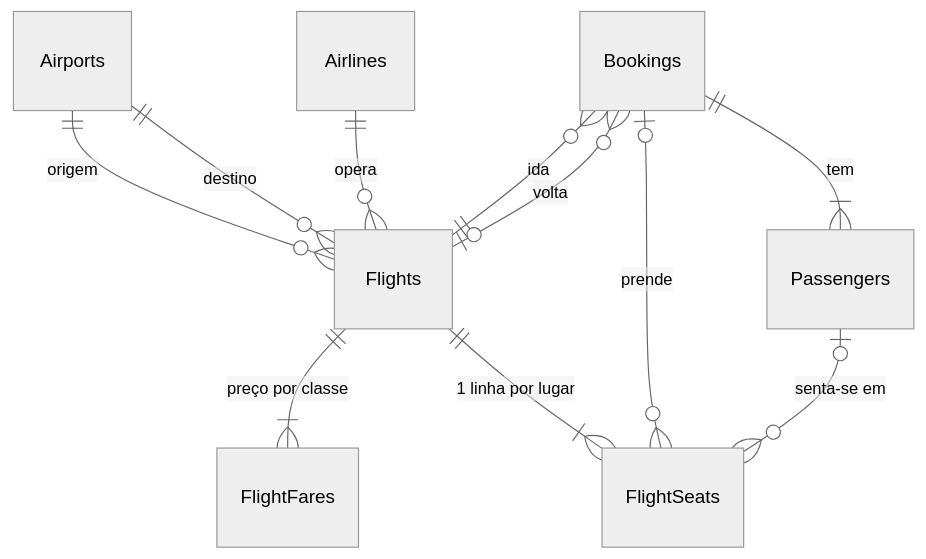
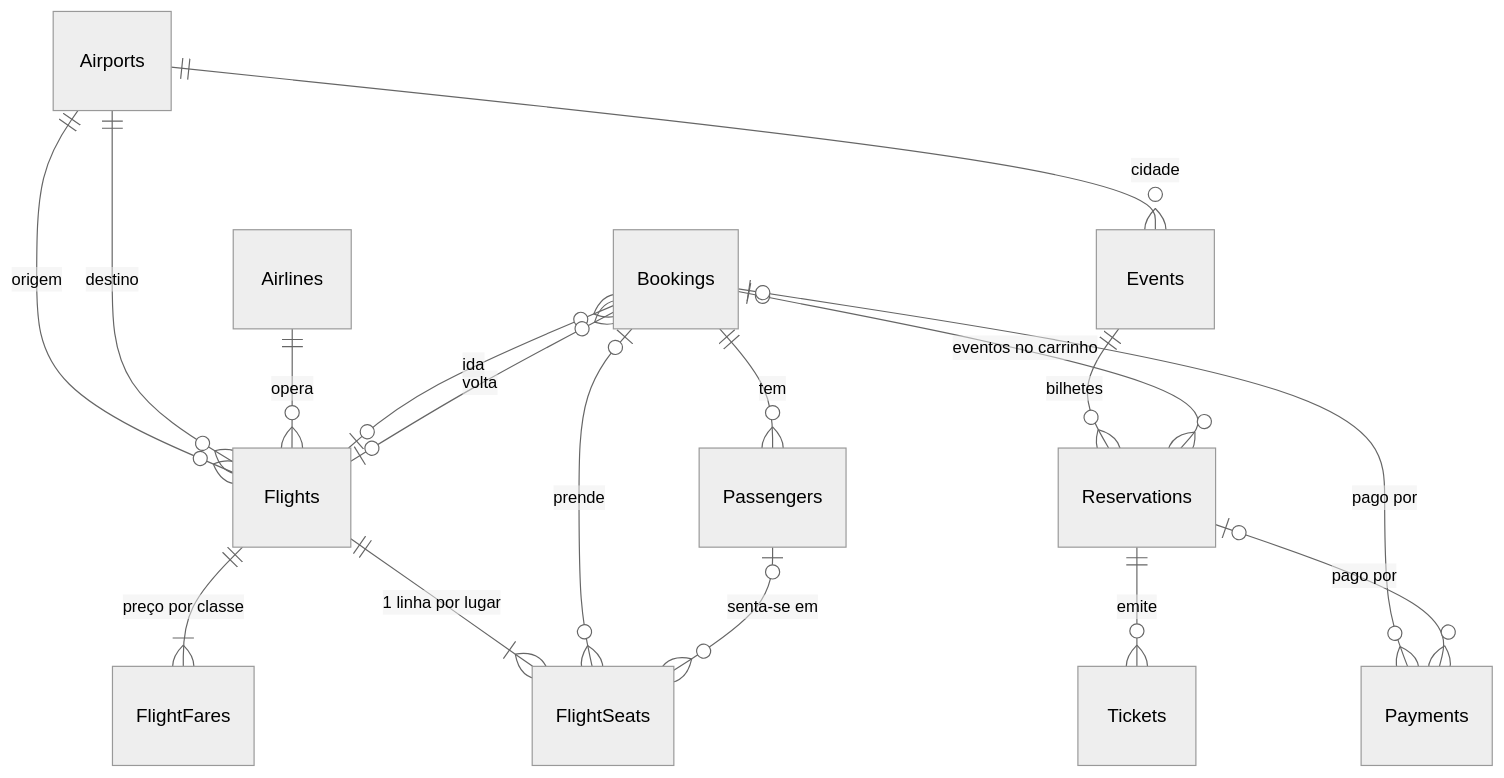
Before and after one commit to Samrodrigues015/Skylane: the second of 2 diagrams in README.md, drawn with Mermaid (neutral theme). The commit also changed other lines of this file, not shown here.

````diff
--- a/README.md
+++ b/README.md
@@ -88,13 +88,19 @@
 ```mermaid
 erDiagram
     Airports ||--o{ Flights : "origem"
     Airports ||--o{ Flights : "destino"
+    Airports ||--o{ Events : "cidade"
     Airlines ||--o{ Flights : opera
     Flights ||--|{ FlightFares : "preço por classe"
     Flights ||--|{ FlightSeats : "1 linha por lugar"
-    Bookings ||--|{ Passengers : tem
+    Bookings ||--o{ Passengers : tem
     Bookings |o--o{ FlightSeats : prende
     Passengers |o--o{ FlightSeats : "senta-se em"
-    Bookings }o--|| Flights : "ida"
+    Bookings }o--o| Flights : "ida"
     Bookings }o--o| Flights : "volta"
+    Events ||--o{ Reservations : "bilhetes"
+    Bookings |o--o{ Reservations : "eventos no carrinho"
+    Reservations ||--o{ Tickets : emite
+    Bookings |o--o{ Payments : "pago por"
+    Reservations |o--o{ Payments : "pago por"
 ```
````
